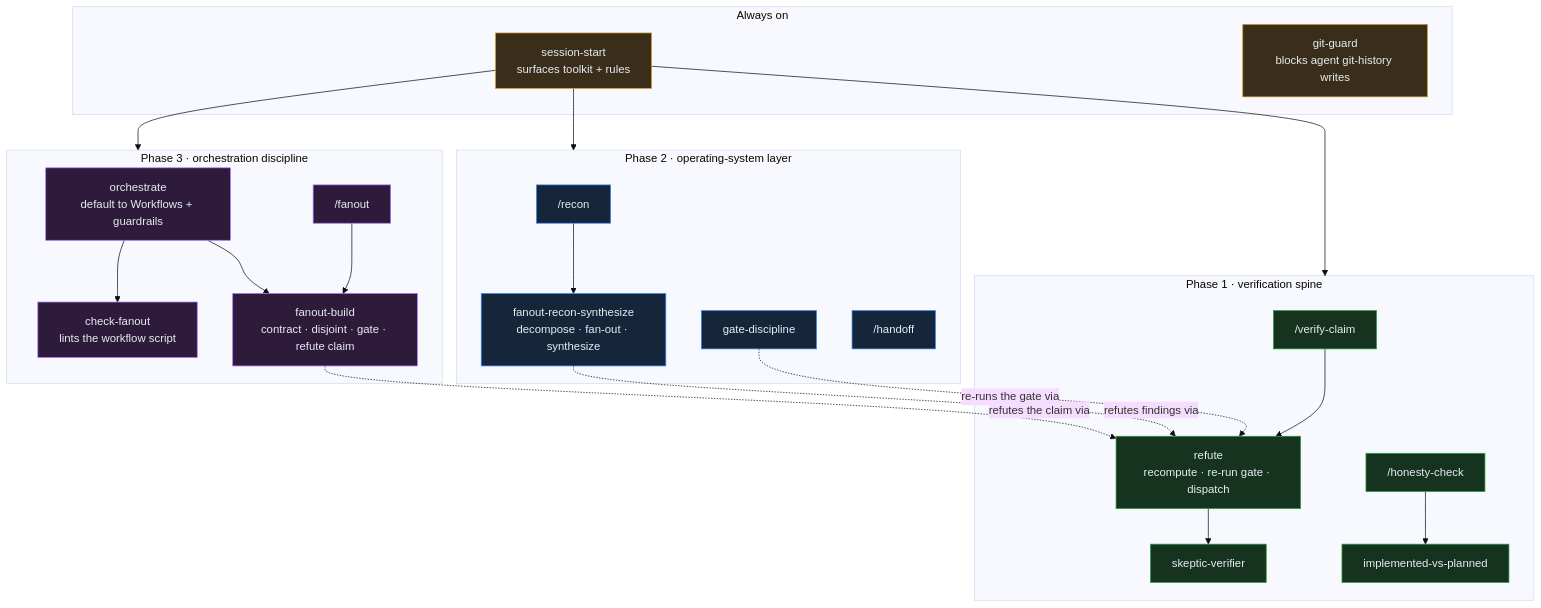
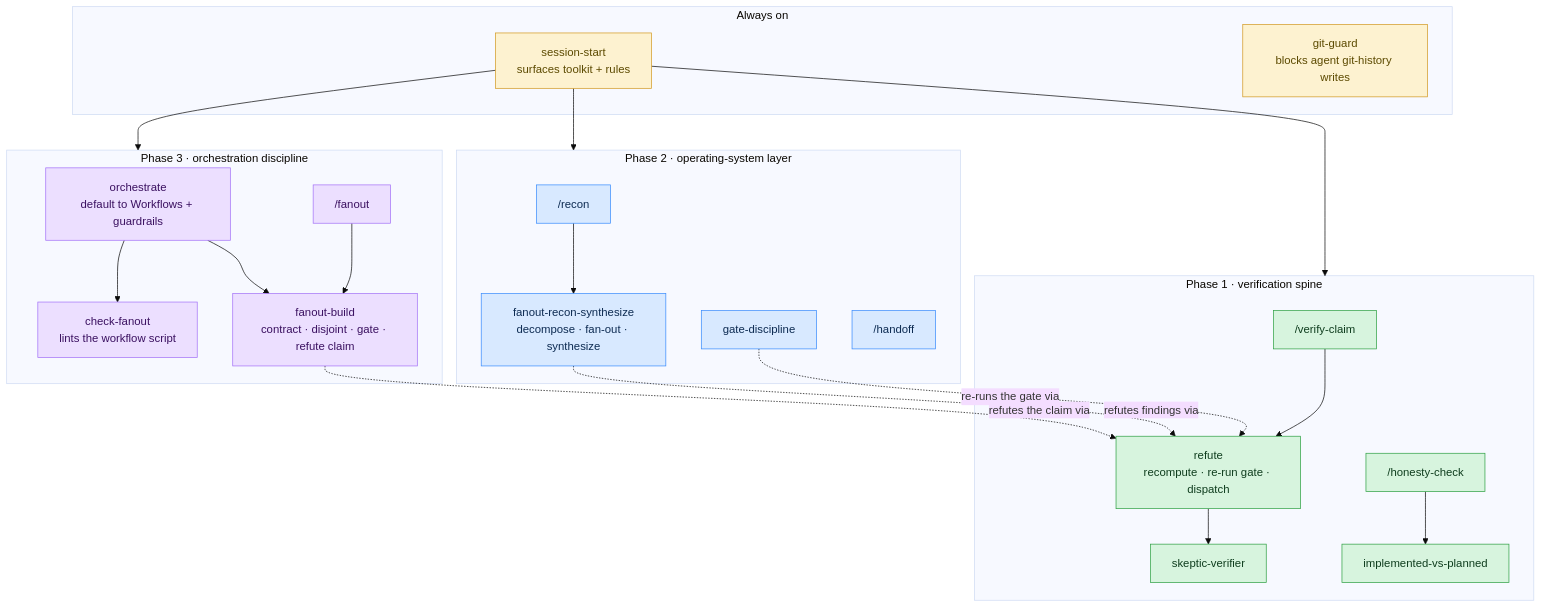
Before and after one commit to hossainpazooki/rigor: the first of 3 diagrams in README.md, drawn with Mermaid (base theme). The commit also changed other lines of this file, not shown here.

Commit message:
docs: lighten diagram palette for readability and cross-diagram consistency

````diff
--- a/README.md
+++ b/README.md
@@ -19,43 +19,43 @@
 ```mermaid
 graph TD
     subgraph always["Always on"]
         SS["session-start<br/>surfaces toolkit + rules"]
         GG["git-guard<br/>blocks agent git-history writes"]
     end
 
     subgraph spine["Phase 1 · verification spine"]
         VC["/verify-claim"] --> REF["refute<br/>recompute · re-run gate · dispatch"]
         REF --> SK["skeptic-verifier"]
         HC["/honesty-check"] --> IVP["implemented-vs-planned"]
     end
 
     subgraph osys["Phase 2 · operating-system layer"]
         RC["/recon"] --> FRS["fanout-recon-synthesize<br/>decompose · fan-out · synthesize"]
         GD["gate-discipline"]
         HO["/handoff"]
     end
 
     subgraph orch["Phase 3 · orchestration discipline"]
         ORC["orchestrate<br/>default to Workflows + guardrails"]
         FO["/fanout"] --> FBS["fanout-build<br/>contract · disjoint · gate · refute claim"]
         CF["check-fanout<br/>lints the workflow script"]
     end
 
     SS --> spine
     SS --> osys
     SS --> orch
     ORC --> FBS
     ORC --> CF
     FRS -. refutes findings via .-> REF
     FBS -. refutes the claim via .-> REF
     GD -. re-runs the gate via .-> REF
 
-    classDef always fill:#3a2e1a,stroke:#d29922,color:#e6edf3;
-    classDef p1 fill:#16331f,stroke:#2ea043,color:#e6edf3;
-    classDef p2 fill:#16263a,stroke:#388bfd,color:#e6edf3;
-    classDef p3 fill:#2e1a3a,stroke:#a371f7,color:#e6edf3;
+    classDef always fill:#fdf2d0,stroke:#d29922,color:#5c4a00;
+    classDef p1 fill:#d7f4de,stroke:#2ea043,color:#0f3d1e;
+    classDef p2 fill:#d8e9ff,stroke:#388bfd,color:#0d2b52;
+    classDef p3 fill:#ecdfff,stroke:#a371f7,color:#3a1060;
     class SS,GG always;
     class VC,REF,SK,HC,IVP p1;
     class RC,FRS,GD,HO p2;
     class ORC,FO,FBS,CF p3;
 ```
````
